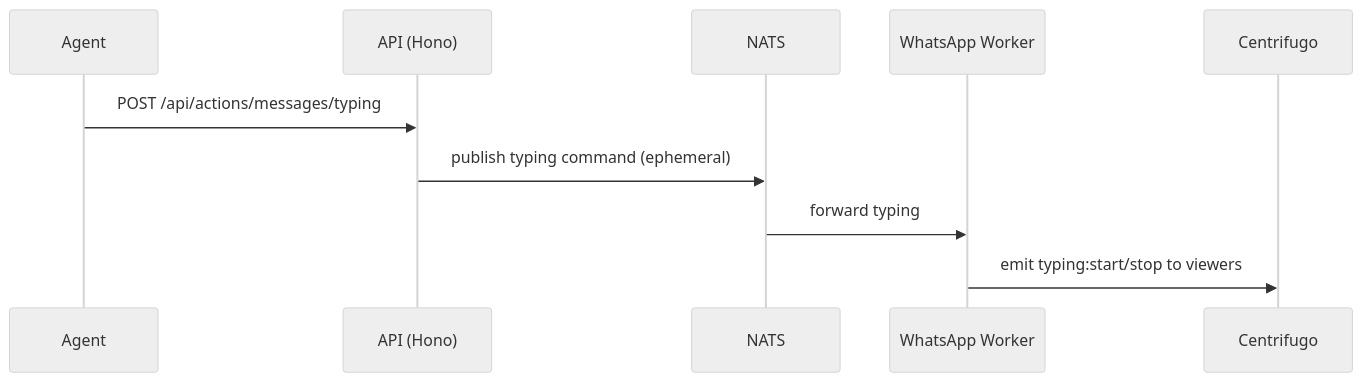
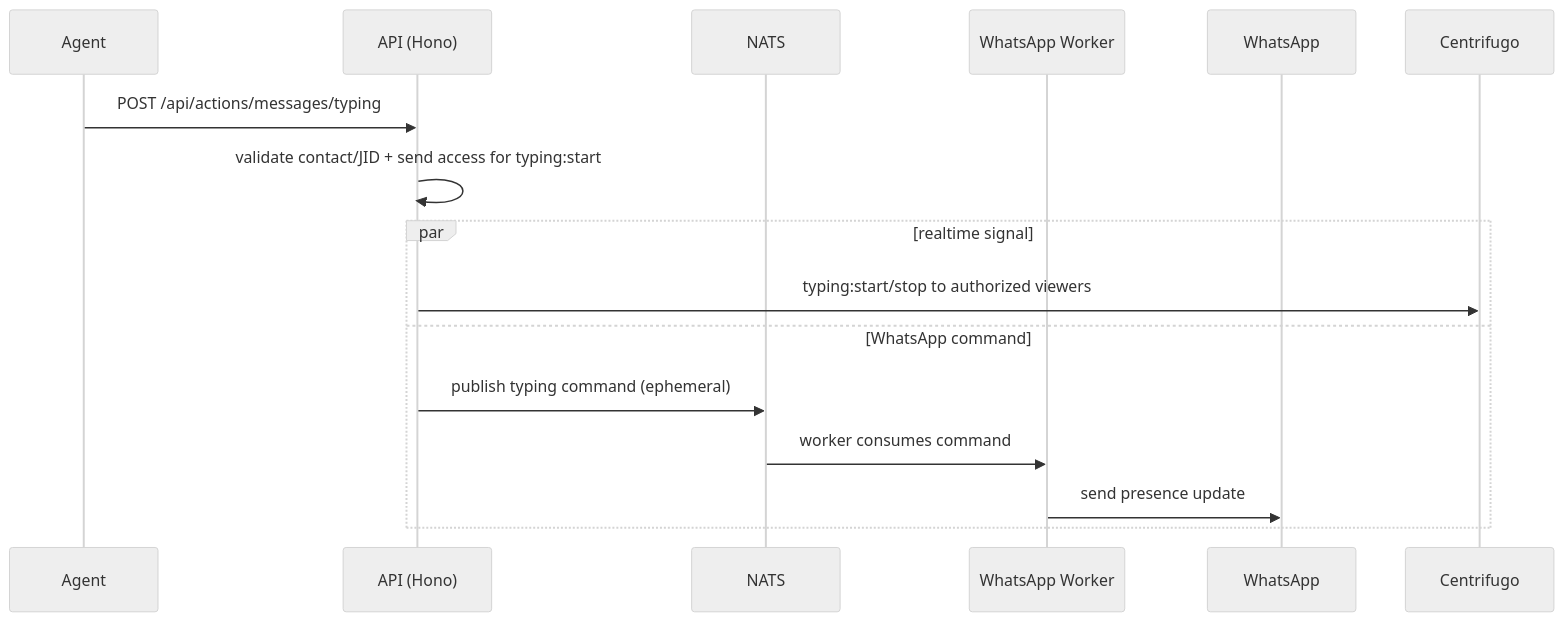
Before and after one commit to ygncode/wateaminbox: the diagram in docs/apis/actions.md, drawn with Mermaid (neutral theme). The commit also changed other lines of this file and 27 other files, not shown here.

````diff
--- a/docs/apis/actions.md
+++ b/docs/apis/actions.md
@@ -21,12 +21,18 @@
 ```mermaid
 sequenceDiagram
     participant U as Agent
     participant A as API (Hono)
     participant N as NATS
     participant W as WhatsApp Worker
+    participant WA as WhatsApp
     participant R as Centrifugo
     U->>A: POST /api/actions/messages/typing
-    A->>N: publish typing command (ephemeral)
-    N->>W: forward typing
-    W->>R: emit typing:start/stop to viewers
+    A->>A: validate contact/JID + send access for typing:start
+    par realtime signal
+        A->>R: typing:start/stop to authorized viewers
+    and WhatsApp command
+        A->>N: publish typing command (ephemeral)
+        N->>W: worker consumes command
+        W->>WA: send presence update
+    end
 ```
````
